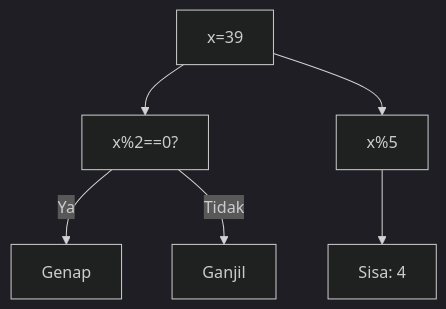
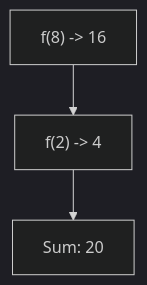
Before and after one commit to amnahwaida/OSNK_INF_PREP: diagram 19 of 25 in part-c-pemahaman-cpp/04-fungsi/latihan/set-04.md, drawn with Mermaid (dark theme). The commit also changed other lines of this file and 71 other files, not shown here.

````diff
--- a/part-c-pemahaman-cpp/04-fungsi/latihan/set-04.md
+++ b/part-c-pemahaman-cpp/04-fungsi/latihan/set-04.md
@@ -626,8 +501,5 @@
 ```mermaid
 graph TD
-A["x=39"] --> B["x%2==0?"]
-B -- Ya --> C["Genap"]
-B -- Tidak --> D["Ganjil"]
-A --> E["x%5"]
-E --> F["Sisa: 4"]
+A["f(8) -> 16"] --> B["f(2) -> 4"]
+B --> C["Sum: 20"]
 ```
````
